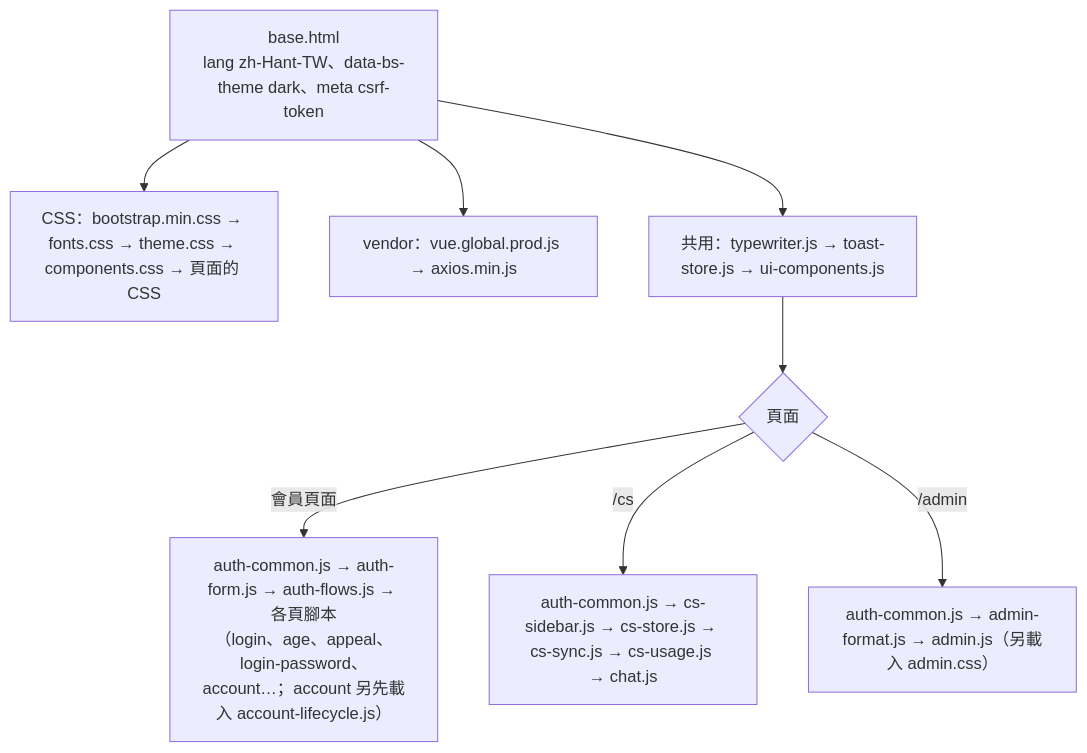
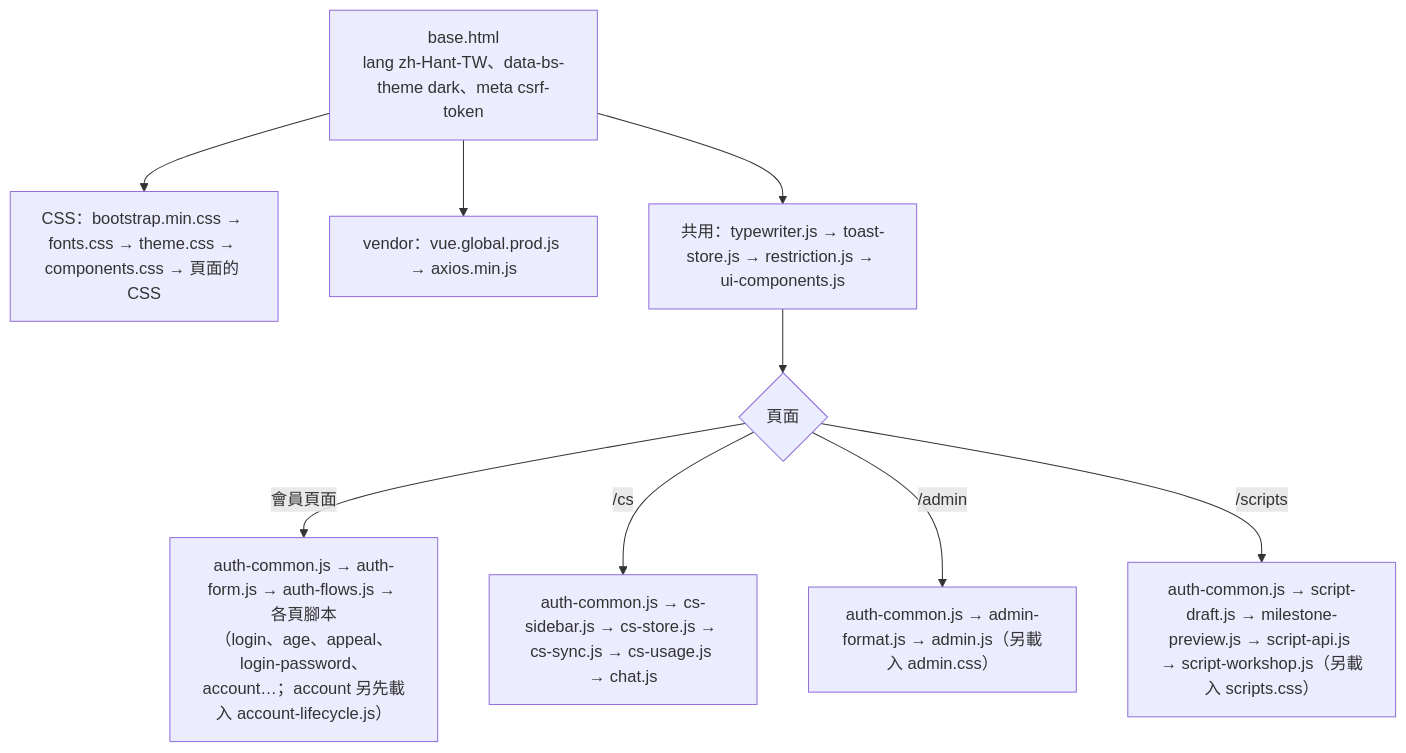
Before and after one commit to pp466pp466/R.A.C: the first of 8 diagrams in docs/前端結構-frontend.md, drawn with Mermaid. The commit also changed other lines of this file and 135 other files, not shown here.

````diff
--- a/docs/前端結構-frontend.md
+++ b/docs/前端結構-frontend.md
@@ -10,11 +10,12 @@
 ```mermaid
 flowchart TD
     Base["base.html<br/>lang zh-Hant-TW、data-bs-theme dark、meta csrf-token"]
     Base --> Css["CSS：bootstrap.min.css → fonts.css → theme.css → components.css → 頁面的 CSS"]
     Base --> Vendor["vendor：vue.global.prod.js → axios.min.js"]
-    Base --> Ui["共用：typewriter.js → toast-store.js → ui-components.js"]
+    Base --> Ui["共用：typewriter.js → toast-store.js → restriction.js → ui-components.js"]
     Ui --> Page{"頁面"}
     Page -->|"會員頁面"| Auth["auth-common.js → auth-form.js → auth-flows.js → 各頁腳本<br/>（login、age、appeal、login-password、account…；account 另先載入 account-lifecycle.js）"]
     Page -->|"/cs"| Cs["auth-common.js → cs-sidebar.js → cs-store.js → cs-sync.js → cs-usage.js → chat.js"]
     Page -->|"/admin"| Adm["auth-common.js → admin-format.js → admin.js（另載入 admin.css）"]
+    Page -->|"/scripts"| Scr["auth-common.js → script-draft.js → milestone-preview.js → script-api.js → script-workshop.js（另載入 scripts.css）"]
 ```
````
